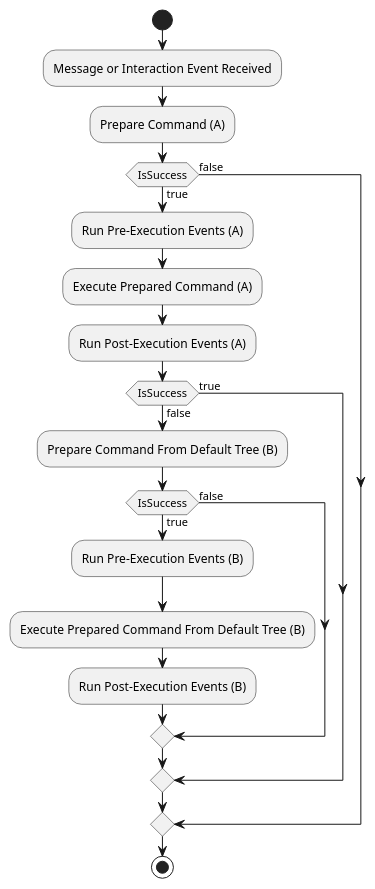
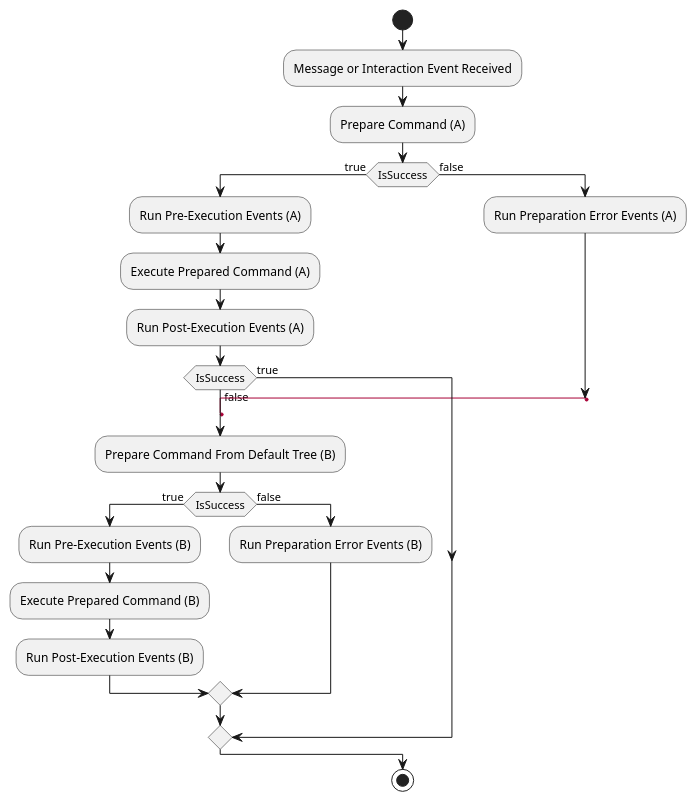
Before and after one commit to Remora/Remora.Discord: the diagram in docs/uml/CommandFlow.puml, drawn with PlantUML.

Commit message:
Update flow graph.

```diff
--- a/docs/uml/CommandFlow.puml
+++ b/docs/uml/CommandFlow.puml
@@ -1,27 +1,36 @@
 @startuml
 'https://plantuml.com/activity-diagram-beta
 
 start
 
 :Message or Interaction Event Received;
 :Prepare Command (A);
 if (IsSuccess) is (true) then
     :Run Pre-Execution Events (A);
     :Execute Prepared Command (A);
     :Run Post-Execution Events (A);
     if (IsSuccess) is (false) then
+        label default_tree
         :Prepare Command From Default Tree (B);
         if (IsSuccess) is (true) then
             :Run Pre-Execution Events (B);
-            :Execute Prepared Command From Default Tree (B);
+            :Execute Prepared Command (B);
             :Run Post-Execution Events (B);
         else (false)
+            :Run Preparation Error Events (B);
         endif
     else (true)
     endif
 else (false)
+    :Run Preparation Error Events (A);
+    label space1
+    label space2
+    label space3
+    label space4
+    label space5
+    goto default_tree
 endif
 
 stop
 
 @enduml
```
